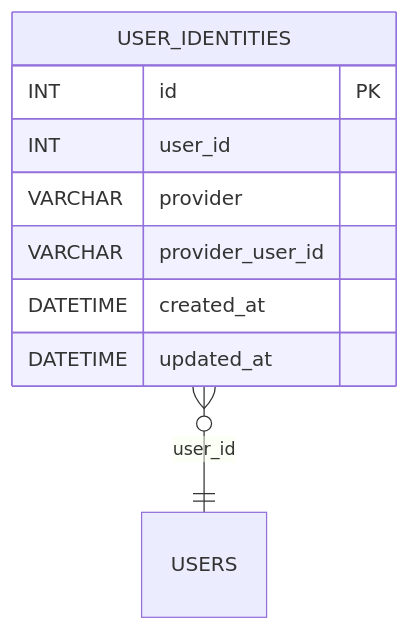
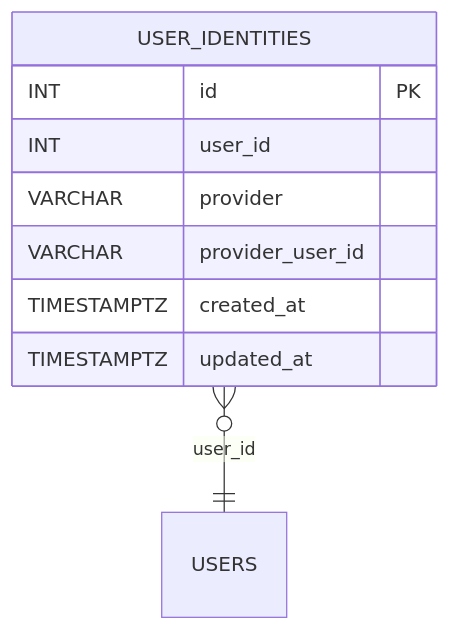
The diagram in README.md (blackcatdatabase/table-user-identities), drawn with Mermaid before and after one commit. The commit also changed other lines of this file and 26 other files, not shown here.

First line of the commit message:
Regen schema (#1)

````diff
--- a/README.md
+++ b/README.md
@@ -52,12 +55,12 @@
 ```mermaid
 erDiagram
   USER_IDENTITIES {
     INT id PK
     INT user_id
     VARCHAR provider
     VARCHAR provider_user_id
-    DATETIME created_at
-    DATETIME updated_at
+    TIMESTAMPTZ created_at
+    TIMESTAMPTZ updated_at
   }
   USER_IDENTITIES }o--|| USERS : "user_id"
 ```
````
